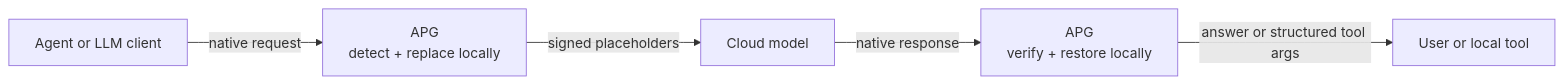
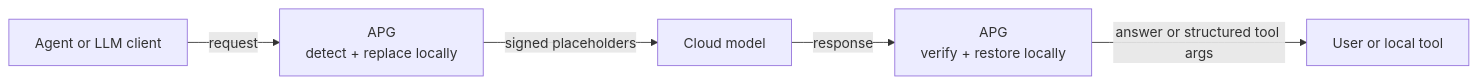
One commit to HKUDS/PrivacyFlow changed the diagram in README.md. Above: the diagram before and after it, drawn with Mermaid. The commit also changed other lines of this file and 1 other file, not shown here.

Commit message:
Clarify APG motivation in documentation

````diff
--- a/README.md
+++ b/README.md
@@ -72,7 +82,7 @@
 ```mermaid
 flowchart LR
-    A["Agent or LLM client"] -->|"native request"| B["APG<br/>detect + replace locally"]
+    A["Agent or LLM client"] -->|"request"| B["APG<br/>detect + replace locally"]
     B -->|"signed placeholders"| C["Cloud model"]
-    C -->|"native response"| D["APG<br/>verify + restore locally"]
+    C -->|"response"| D["APG<br/>verify + restore locally"]
     D -->|"answer or structured tool args"| E["User or local tool"]
 ```
````
